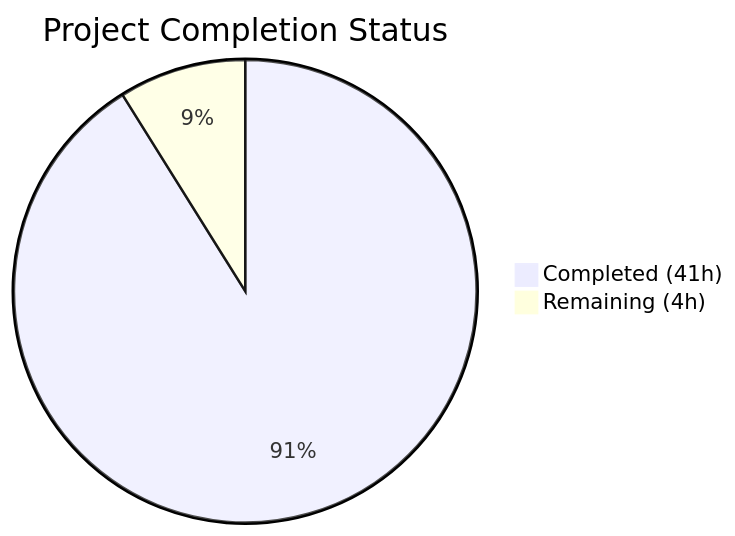
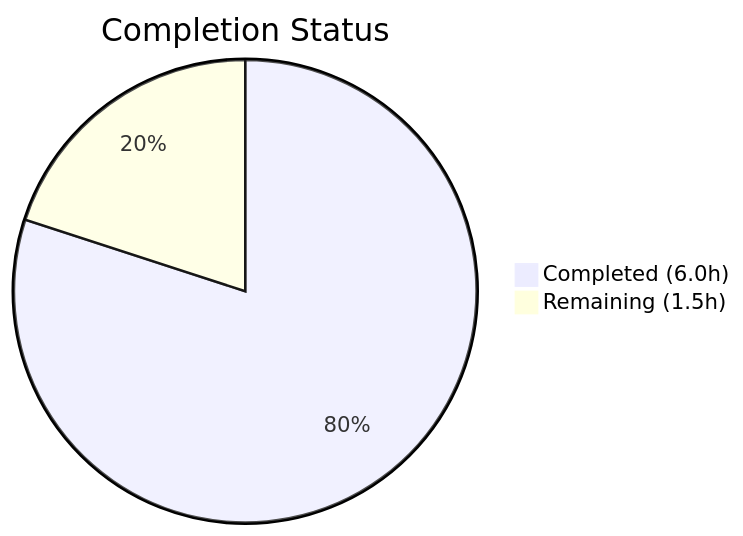
The first of 2 diagrams in blitzy/documentation/Project Guide.md (TestadoBlitzy/Existing-product), drawn with Mermaid before and after one commit. The commit also changed other lines of this file, not shown here.

Commit message:
Adding Blitzy Project Guide: Project Status and Human Tasks Remaining

````diff
--- a/blitzy/documentation/Project Guide.md
+++ b/blitzy/documentation/Project Guide.md
@@ -13,5 +13,5 @@
 ```mermaid
-pie title Project Completion Status
-    "Completed (41h)" : 41
-    "Remaining (4h)" : 4
+pie title Completion Status
+    "Completed (6.0h)" : 6
+    "Remaining (1.5h)" : 1.5
 ```
````
